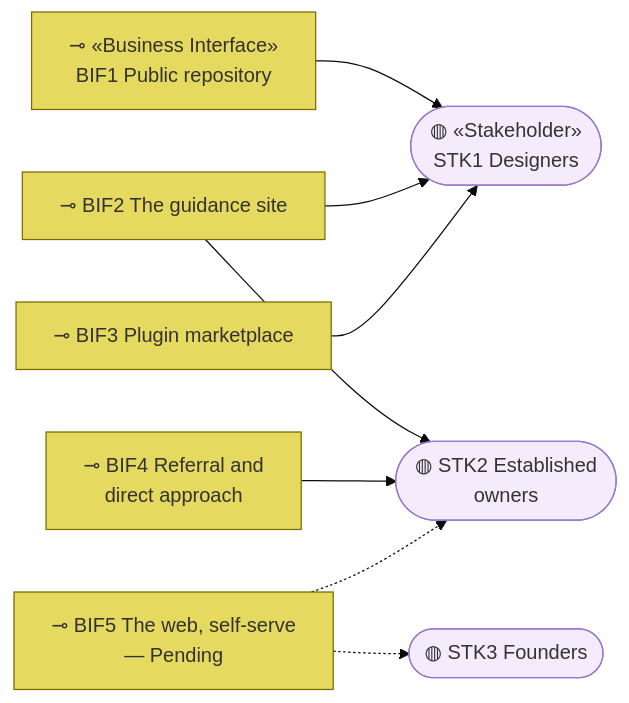
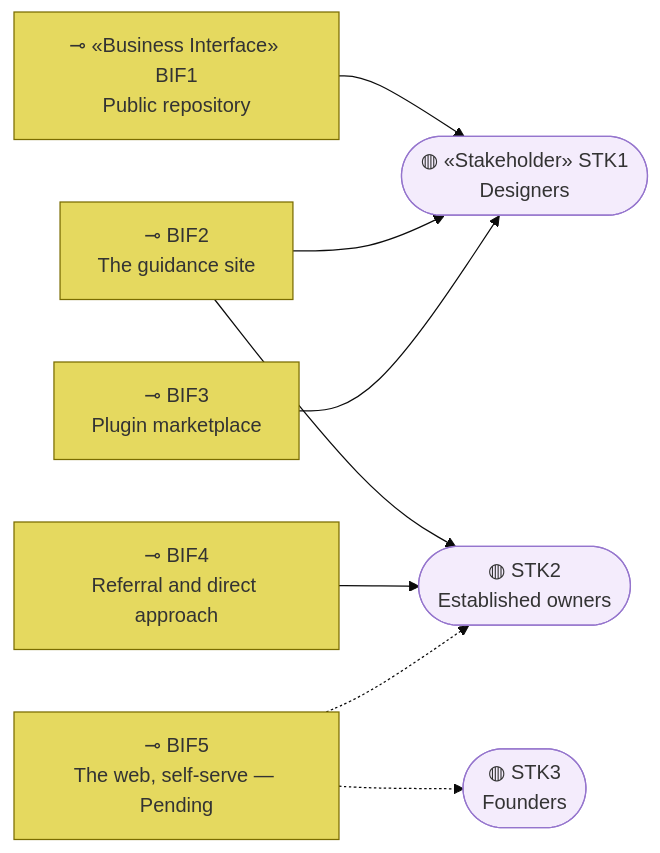
Before and after one commit to roanboc/architecture-archreator: the third of 3 diagrams in organization/docs/ea/2_business/2_business-services.md, drawn with Mermaid (base theme). The commit also changed other lines of this file and 6 other files, not shown here.

````diff
--- a/organization/docs/ea/2_business/2_business-services.md
+++ b/organization/docs/ea/2_business/2_business-services.md
@@ -113,23 +113,23 @@
 ```mermaid
 flowchart LR
-  bif1["⊸ «Business Interface»<br>BIF1 Public repository"]:::interface
-  bif2["⊸ BIF2 The guidance site"]:::interface
-  bif3["⊸ BIF3 Plugin marketplace"]:::interface
-  bif4["⊸ BIF4 Referral and<br>direct approach"]:::interface
-  bif5["⊸ BIF5 The web, self-serve<br>— Pending"]:::interface
+  bif1["⊸ «Business Interface» BIF1<br>Public repository"]:::interface
+  bif2["⊸ BIF2<br>The guidance site"]:::interface
+  bif3["⊸ BIF3<br>Plugin marketplace"]:::interface
+  bif4["⊸ BIF4<br>Referral and direct approach"]:::interface
+  bif5["⊸ BIF5<br>The web, self-serve — Pending"]:::interface
 
-  stk1(["◍ «Stakeholder»<br>STK1 Designers"]):::stakeholder
-  stk2(["◍ STK2 Established<br>owners"]):::stakeholder
-  stk3(["◍ STK3 Founders"]):::stakeholder
+  stk1(["◍ «Stakeholder» STK1<br>Designers"]):::stakeholder
+  stk2(["◍ STK2<br>Established owners"]):::stakeholder
+  stk3(["◍ STK3<br>Founders"]):::stakeholder
 
   bif1 --> stk1
   bif2 --> stk1
   bif2 --> stk2
   bif3 --> stk1
   bif4 --> stk2
   bif5 -.-> stk2
   bif5 -.-> stk3
 
   classDef interface fill:#e5d95f,stroke:#7a6c00,color:#333
   classDef stakeholder fill:#f4ecfc,stroke:#9575cd,color:#333
 ```
````
